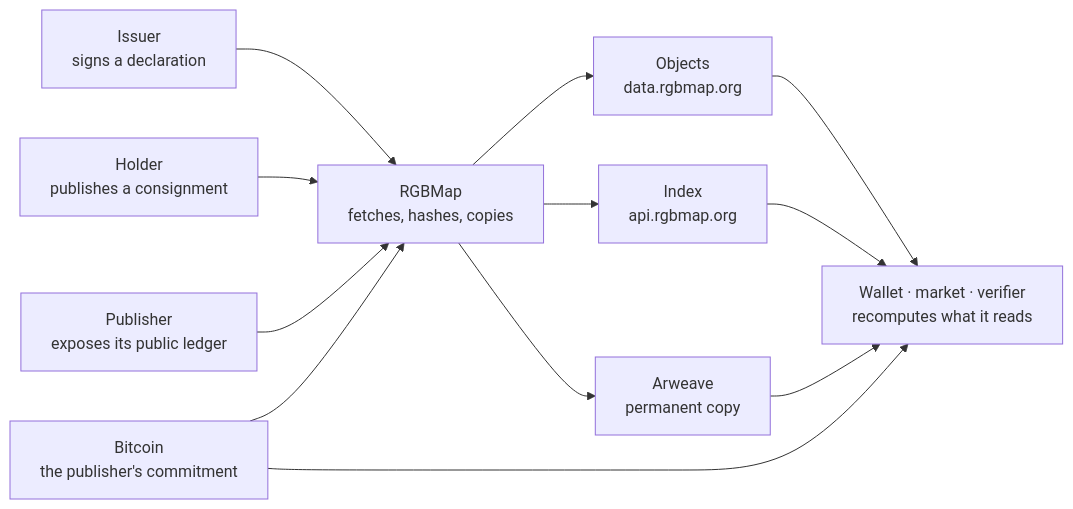
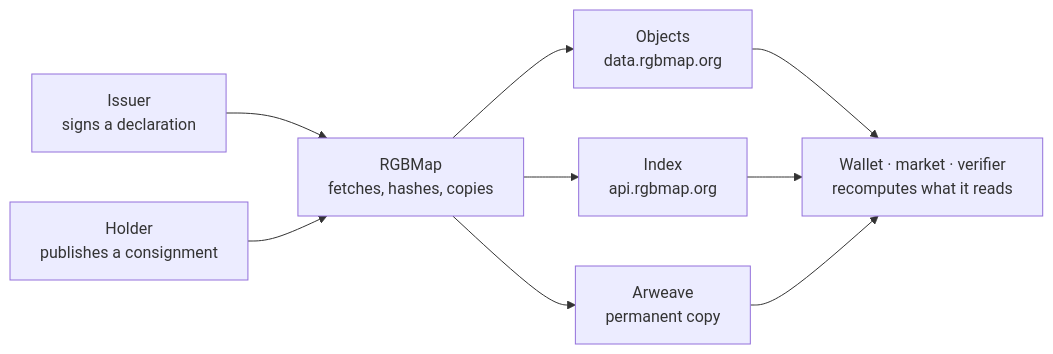
The diagram in profile/README.md (rgbmap/.github), drawn with Mermaid before and after one commit. The commit also changed other lines of this file, not shown here.

````diff
--- a/profile/README.md
+++ b/profile/README.md
@@ -83,14 +79,11 @@
 ```mermaid
 flowchart LR
   I["Issuer<br/>signs a declaration"] --> A
   H["Holder<br/>publishes a consignment"] --> A
-  P["Publisher<br/>exposes its public ledger"] --> A
   A["RGBMap<br/>fetches, hashes, copies"] --> O["Objects<br/>data.rgbmap.org"]
   A --> X["Index<br/>api.rgbmap.org"]
   A --> W["Arweave<br/>permanent copy"]
-  B["Bitcoin<br/>the publisher's commitment"] --> A
   O --> R["Wallet · market · verifier<br/>recomputes what it reads"]
   X --> R
   W --> R
-  B --> R
 ```
````
